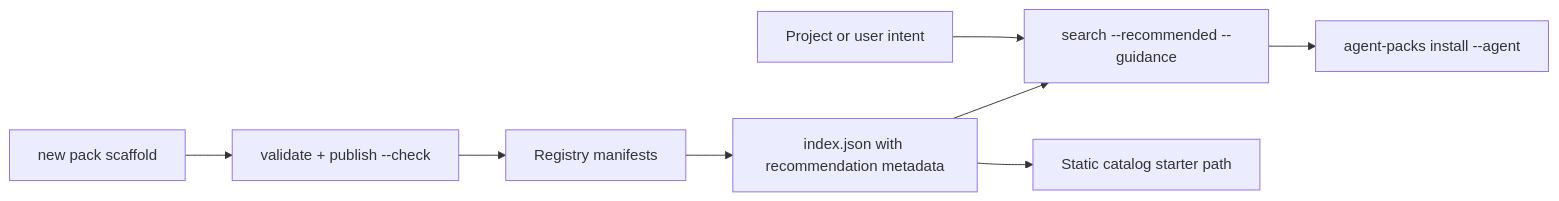
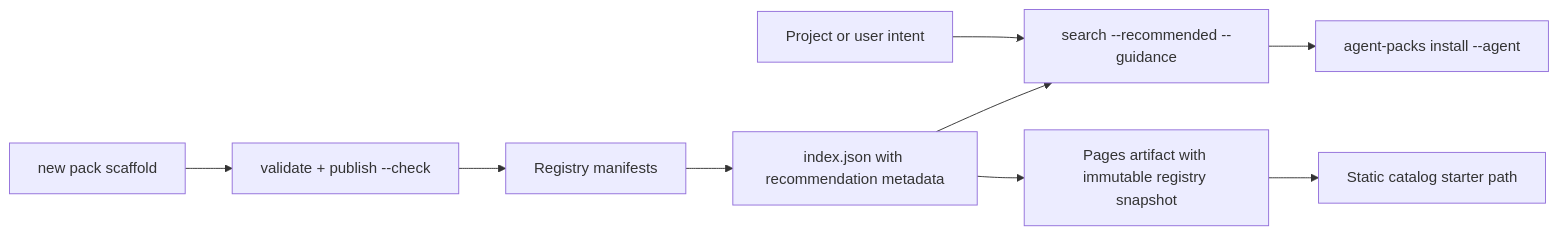
Before and after one commit to agent-packs/cli: the diagram in docs/architecture.md, drawn with Mermaid. The commit also changed other lines of this file and 8 other files, not shown here.

````diff
--- a/docs/architecture.md
+++ b/docs/architecture.md
@@ -97,11 +97,12 @@
 ```mermaid
 flowchart LR
   signals["Project or user intent"] --> search["search --recommended --guidance"]
   registry["Registry manifests"] --> index["index.json with recommendation metadata"]
-  index --> catalog["Static catalog starter path"]
+  index --> artifact["Pages artifact with immutable registry snapshot"]
+  artifact --> catalog["Static catalog starter path"]
   index --> search
   search --> command["agent-packs install <pack> --agent <tool>"]
 
   scaffold["new pack scaffold"] --> validate["validate + publish --check"]
   validate --> registry
 ```
````
